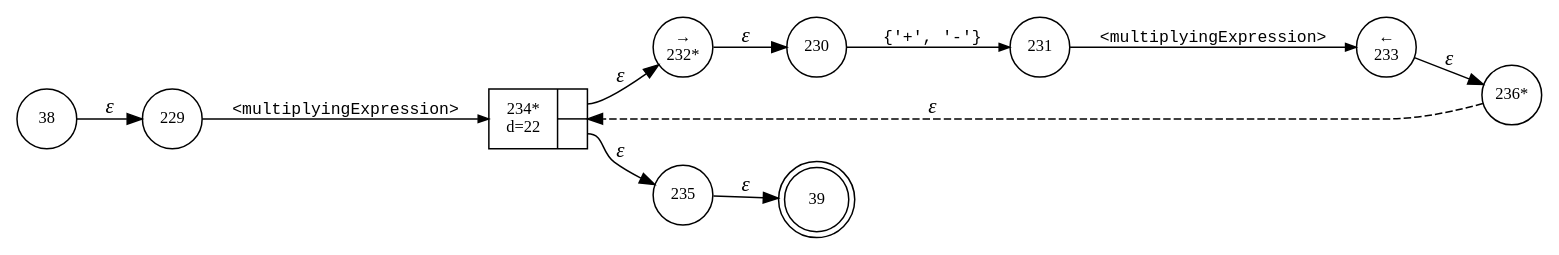
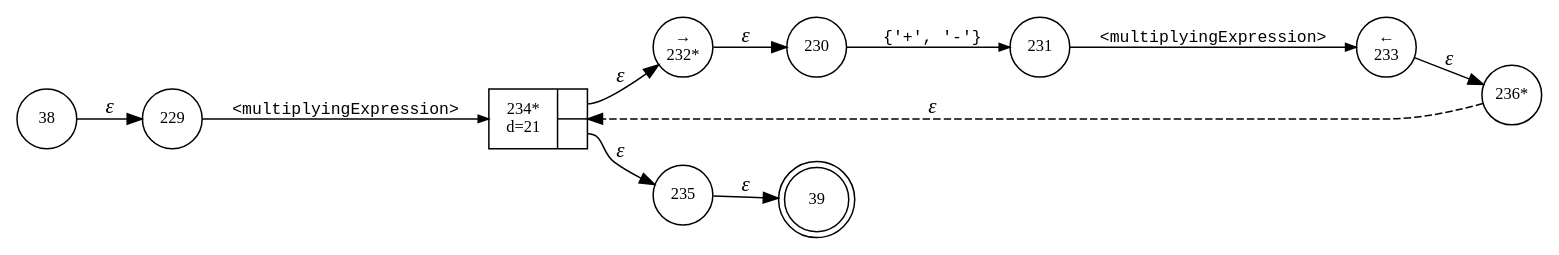
The diagram in interpreter/logo/logo.expression.dot (Shinigami072/Compilers-LogoInterpreter), drawn with Graphviz before and after one commit. The commit also changed 20 other files, not shown here.

```diff
--- a/interpreter/logo/logo.expression.dot
+++ b/interpreter/logo/logo.expression.dot
@@ -1,23 +1,23 @@
 digraph ATN {
 rankdir=LR;
 s39[fontsize=11, label="39", shape=doublecircle, fixedsize=true, width=.6];
 s229[fontsize=11,label="229", shape=circle, fixedsize=true, width=.55, peripheries=1];
 s38[fontsize=11,label="38", shape=circle, fixedsize=true, width=.55, peripheries=1];
 s230[fontsize=11,label="230", shape=circle, fixedsize=true, width=.55, peripheries=1];
 s231[fontsize=11,label="231", shape=circle, fixedsize=true, width=.55, peripheries=1];
 s232[fontsize=11,label="&rarr;\n232*", shape=circle, fixedsize=true, width=.55, peripheries=1];
 s233[fontsize=11,label="&larr;\n233", shape=circle, fixedsize=true, width=.55, peripheries=1];
-s234[fontsize=11,label="{234*\nd=22|{<p0>|<p1>}}", shape=record, fixedsize=false, peripheries=1];
+s234[fontsize=11,label="{234*\nd=21|{<p0>|<p1>}}", shape=record, fixedsize=false, peripheries=1];
 s235[fontsize=11,label="235", shape=circle, fixedsize=true, width=.55, peripheries=1];
 s236[fontsize=11,label="236*", shape=circle, fixedsize=true, width=.55, peripheries=1];
 s38 -> s229 [fontname="Times-Italic", label="&epsilon;"];
 s229 -> s234 [fontsize=11, fontname="Courier", arrowsize=.7, label = "<multiplyingExpression>", arrowhead = normal];
 s234:p0 -> s232 [fontname="Times-Italic", label="&epsilon;"];
 s234:p1 -> s235 [fontname="Times-Italic", label="&epsilon;"];
 s232 -> s230 [fontname="Times-Italic", label="&epsilon;"];
 s235 -> s39 [fontname="Times-Italic", label="&epsilon;"];
 s230 -> s231 [fontsize=11, fontname="Courier", arrowsize=.7, label = "{'+', '-'}", arrowhead = normal];
 s231 -> s233 [fontsize=11, fontname="Courier", arrowsize=.7, label = "<multiplyingExpression>", arrowhead = normal];
 s233 -> s236 [fontname="Times-Italic", label="&epsilon;"];
 s236 -> s234 [fontname="Times-Italic", label="&epsilon;", style="dashed"];
 }
```
